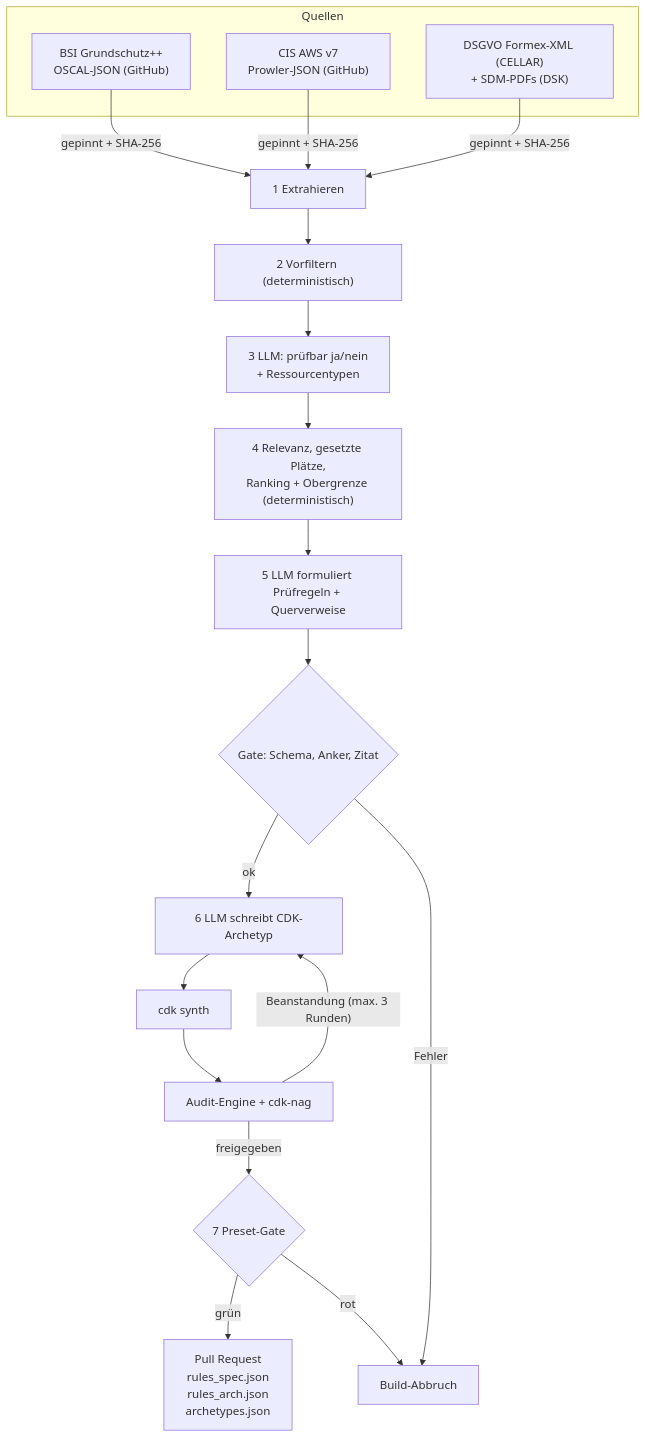
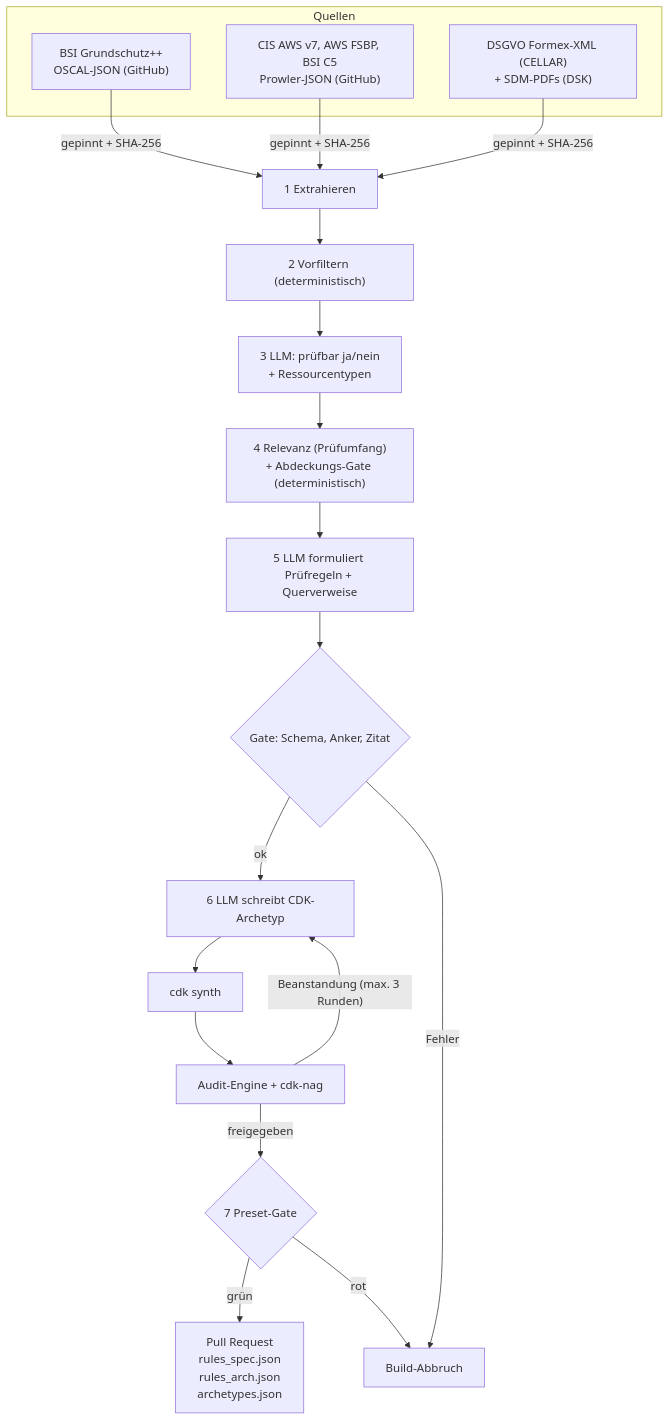
Before and after one commit to Daniel74/GovGuard: the first of 4 diagrams in docs/ARCHITECTURE.md, drawn with Mermaid. The commit also changed other lines of this file and 10 other files, not shown here.

````diff
--- a/docs/ARCHITECTURE.md
+++ b/docs/ARCHITECTURE.md
@@ -21,22 +21,22 @@
 ```mermaid
 flowchart TD
   subgraph Q[Quellen]
     BSI["BSI Grundschutz++<br/>OSCAL-JSON (GitHub)"]
-    CIS["CIS AWS v7<br/>Prowler-JSON (GitHub)"]
+    CIS["CIS AWS v7, AWS FSBP, BSI C5<br/>Prowler-JSON (GitHub)"]
     DS["DSGVO Formex-XML (CELLAR)<br/>+ SDM-PDFs (DSK)"]
   end
   BSI & CIS & DS -->|"gepinnt + SHA-256"| E["1 Extrahieren"]
   E --> F["2 Vorfiltern (deterministisch)"]
   F --> K["3 LLM: prüfbar ja/nein<br/>+ Ressourcentypen"]
-  K --> R["4 Relevanz, gesetzte Plätze,<br/>Ranking + Obergrenze (deterministisch)"]
+  K --> R["4 Relevanz (Prüfumfang)<br/>+ Abdeckungs-Gate (deterministisch)"]
   R --> P["5 LLM formuliert Prüfregeln + Querverweise"]
   P --> G1{"Gate: Schema, Anker, Zitat"}
   G1 -->|ok| A["6 LLM schreibt CDK-Archetyp"]
   A --> S["cdk synth"]
   S --> AE["Audit-Engine + cdk-nag"]
   AE -->|"Beanstandung (max. 3 Runden)"| A
   AE -->|freigegeben| PR{"7 Preset-Gate"}
   PR -->|grün| KB["Pull Request<br/>rules_spec.json<br/>rules_arch.json<br/>archetypes.json"]
   G1 -->|Fehler| X["Build-Abbruch"]
   PR -->|rot| X
 ```
````
